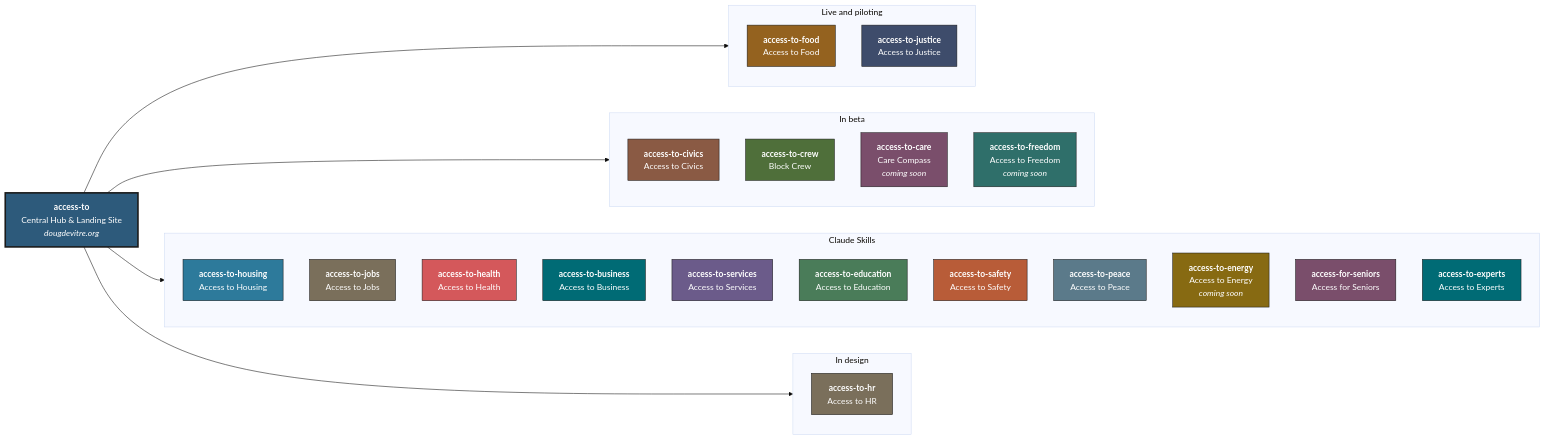
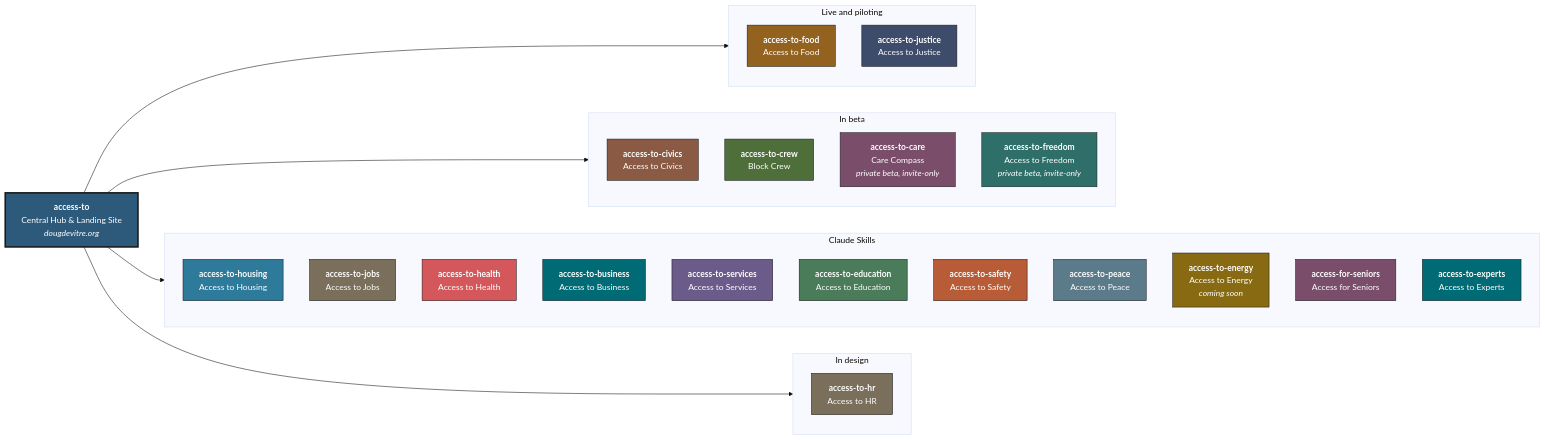
Before and after one commit to dougdevitre/access-to: the second of 6 diagrams in README.md, drawn with Mermaid (base theme). The commit also changed other lines of this file and 5 other files, not shown here.

````diff
--- a/README.md
+++ b/README.md
@@ -116,58 +116,58 @@
 ```mermaid
 flowchart LR
     HUB["<b>access-to</b><br/>Central Hub & Landing Site<br/><i>dougdevitre.org</i>"]
     subgraph LIVE ["Live and piloting"]
         direction TB
         access_to_food["<b>access-to-food</b><br/>Access to Food"]
         access_to_justice["<b>access-to-justice</b><br/>Access to Justice"]
     end
     HUB --> LIVE
     subgraph BETA ["In beta"]
         direction TB
         access_to_civics["<b>access-to-civics</b><br/>Access to Civics"]
         access_to_crew["<b>access-to-crew</b><br/>Block Crew"]
-        access_to_care["<b>access-to-care</b><br/>Care Compass<br/><i>coming soon</i>"]
-        access_to_freedom["<b>access-to-freedom</b><br/>Access to Freedom<br/><i>coming soon</i>"]
+        access_to_care["<b>access-to-care</b><br/>Care Compass<br/><i>private beta, invite-only</i>"]
+        access_to_freedom["<b>access-to-freedom</b><br/>Access to Freedom<br/><i>private beta, invite-only</i>"]
     end
     HUB --> BETA
     subgraph SKILLS ["Claude Skills"]
         direction TB
         access_to_housing["<b>access-to-housing</b><br/>Access to Housing"]
         access_to_jobs["<b>access-to-jobs</b><br/>Access to Jobs"]
         access_to_health["<b>access-to-health</b><br/>Access to Health"]
         access_to_business["<b>access-to-business</b><br/>Access to Business"]
         access_to_services["<b>access-to-services</b><br/>Access to Services"]
         access_to_education["<b>access-to-education</b><br/>Access to Education"]
         access_to_safety["<b>access-to-safety</b><br/>Access to Safety"]
         access_to_peace["<b>access-to-peace</b><br/>Access to Peace"]
         access_to_energy["<b>access-to-energy</b><br/>Access to Energy<br/><i>coming soon</i>"]
         access_for_seniors["<b>access-for-seniors</b><br/>Access for Seniors"]
         access_to_experts["<b>access-to-experts</b><br/>Access to Experts"]
     end
     HUB --> SKILLS
     subgraph DESIGN ["In design"]
         direction TB
         access_to_hr["<b>access-to-hr</b><br/>Access to HR"]
     end
     HUB --> DESIGN
 
     style HUB fill:#2D5A7B,stroke:#1A1A1A,color:#fff,stroke-width:3px
     style access_to_food fill:#94621F,stroke:#1A1A1A,color:#fff
     style access_to_justice fill:#3E4C6B,stroke:#1A1A1A,color:#fff
     style access_to_civics fill:#8A5A44,stroke:#1A1A1A,color:#fff
     style access_to_crew fill:#4F6F3A,stroke:#1A1A1A,color:#fff
     style access_to_care fill:#7A4E6B,stroke:#1A1A1A,color:#fff
     style access_to_freedom fill:#2F6F6A,stroke:#1A1A1A,color:#fff
     style access_to_housing fill:#2D7A9B,stroke:#1A1A1A,color:#fff
     style access_to_jobs fill:#7A6F5B,stroke:#1A1A1A,color:#fff
     style access_to_health fill:#D4585B,stroke:#1A1A1A,color:#fff
     style access_to_business fill:#006b75,stroke:#1A1A1A,color:#fff
     style access_to_services fill:#6B5B8A,stroke:#1A1A1A,color:#fff
     style access_to_education fill:#4A7C59,stroke:#1A1A1A,color:#fff
     style access_to_safety fill:#B85C38,stroke:#1A1A1A,color:#fff
     style access_to_peace fill:#5B7A8A,stroke:#1A1A1A,color:#fff
     style access_to_energy fill:#876A12,stroke:#1A1A1A,color:#fff
     style access_for_seniors fill:#7A4E6B,stroke:#1A1A1A,color:#fff
     style access_to_experts fill:#006b75,stroke:#1A1A1A,color:#fff
     style access_to_hr fill:#7A6F5B,stroke:#1A1A1A,color:#fff
 ```
````
